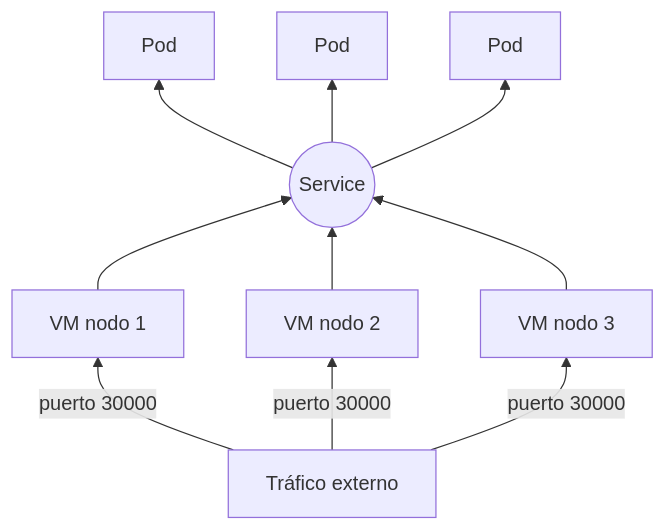
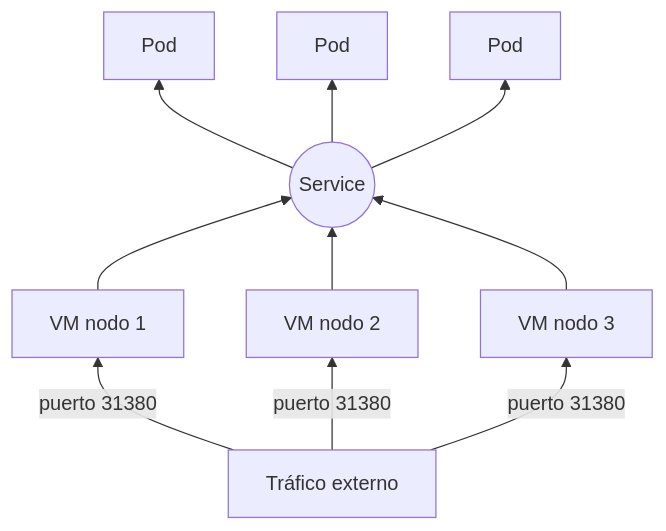
Before and after one commit to AgustinICAI/asr-cloud-theory: the second of 2 diagrams in theory/03-05-K8S.md, drawn with Mermaid. The commit also changed other lines of this file, not shown here.

````diff
--- a/theory/03-05-K8S.md
+++ b/theory/03-05-K8S.md
@@ -217,12 +477,12 @@
 ```mermaid
 flowchart BT
-    T["Tráfico externo"] -->|puerto 30000| VM1["VM nodo 1"]
-    T -->|puerto 30000| VM2["VM nodo 2"]
-    T -->|puerto 30000| VM3["VM nodo 3"]
+    T["Tráfico externo"] -->|puerto 31380| VM1["VM nodo 1"]
+    T -->|puerto 31380| VM2["VM nodo 2"]
+    T -->|puerto 31380| VM3["VM nodo 3"]
     VM1 --> SV(("Service"))
     VM2 --> SV
     VM3 --> SV
     SV --> P1["Pod"]
     SV --> P2["Pod"]
     SV --> P3["Pod"]
 ```
````
